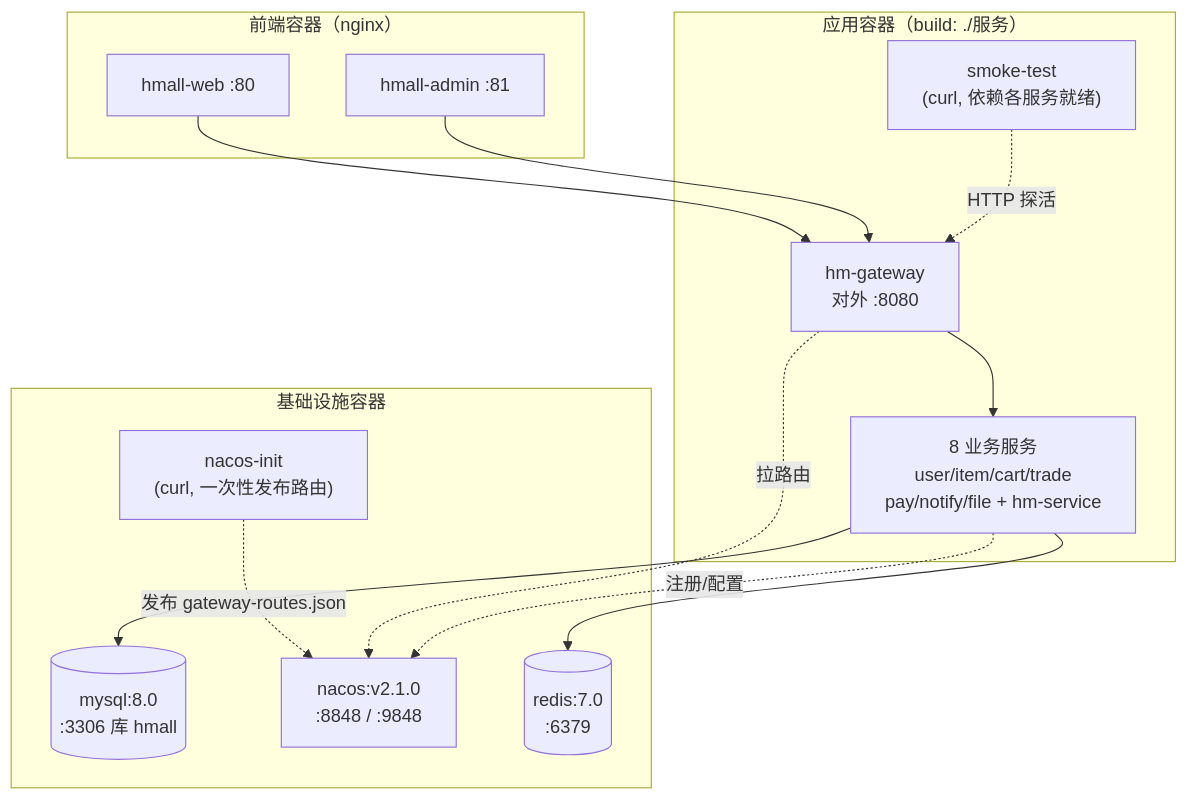
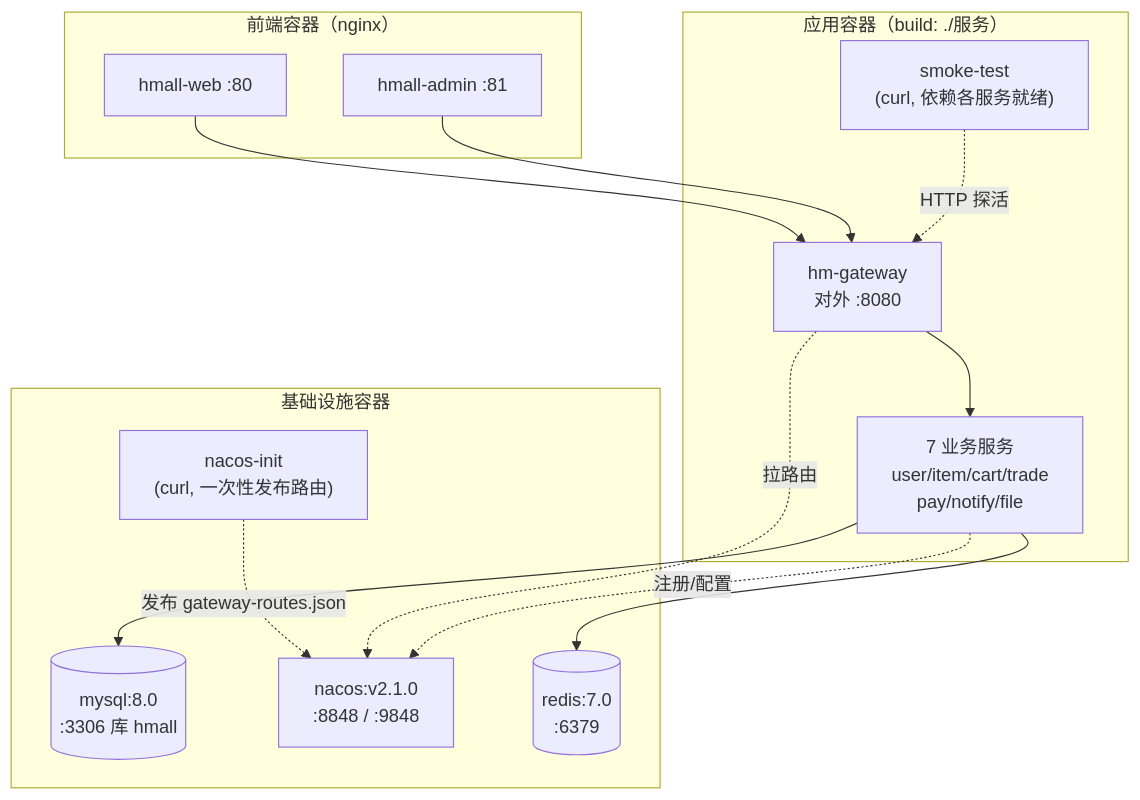
The second of 2 diagrams in docs/structure/01-system-architecture.md (3219378872/web-dev-experiment), drawn with Mermaid before and after one commit. The commit also changed other lines of this file and 103 other files, not shown here.

````diff
--- a/docs/structure/01-system-architecture.md
+++ b/docs/structure/01-system-architecture.md
@@ -61,30 +60,30 @@
 ```mermaid
 flowchart TB
     subgraph Infra[基础设施容器]
         MySQLC[("mysql:8.0<br/>:3306 库 hmall")]
         NacosC["nacos:v2.1.0<br/>:8848 / :9848"]
         RedisC[("redis:7.0<br/>:6379")]
         InitC["nacos-init<br/>(curl, 一次性发布路由)"]
     end
 
     subgraph App[应用容器（build: ./服务）]
         GWc["hm-gateway<br/>对外 :8080"]
-        SvcC["8 业务服务<br/>user/item/cart/trade<br/>pay/notify/file + hm-service"]
+        SvcC["7 业务服务<br/>user/item/cart/trade<br/>pay/notify/file"]
         SmokeC["smoke-test<br/>(curl, 依赖各服务就绪)"]
     end
 
     subgraph Front[前端容器（nginx）]
         WebC["hmall-web :80"]
         AdminC["hmall-admin :81"]
     end
 
     WebC --> GWc
     AdminC --> GWc
     GWc --> SvcC
     InitC -.->|"发布 gateway-routes.json"| NacosC
     GWc -.->|"拉路由"| NacosC
     SvcC -.->|"注册/配置"| NacosC
     SvcC --> MySQLC
     SvcC --> RedisC
     SmokeC -.->|"HTTP 探活"| GWc
 ```
````
